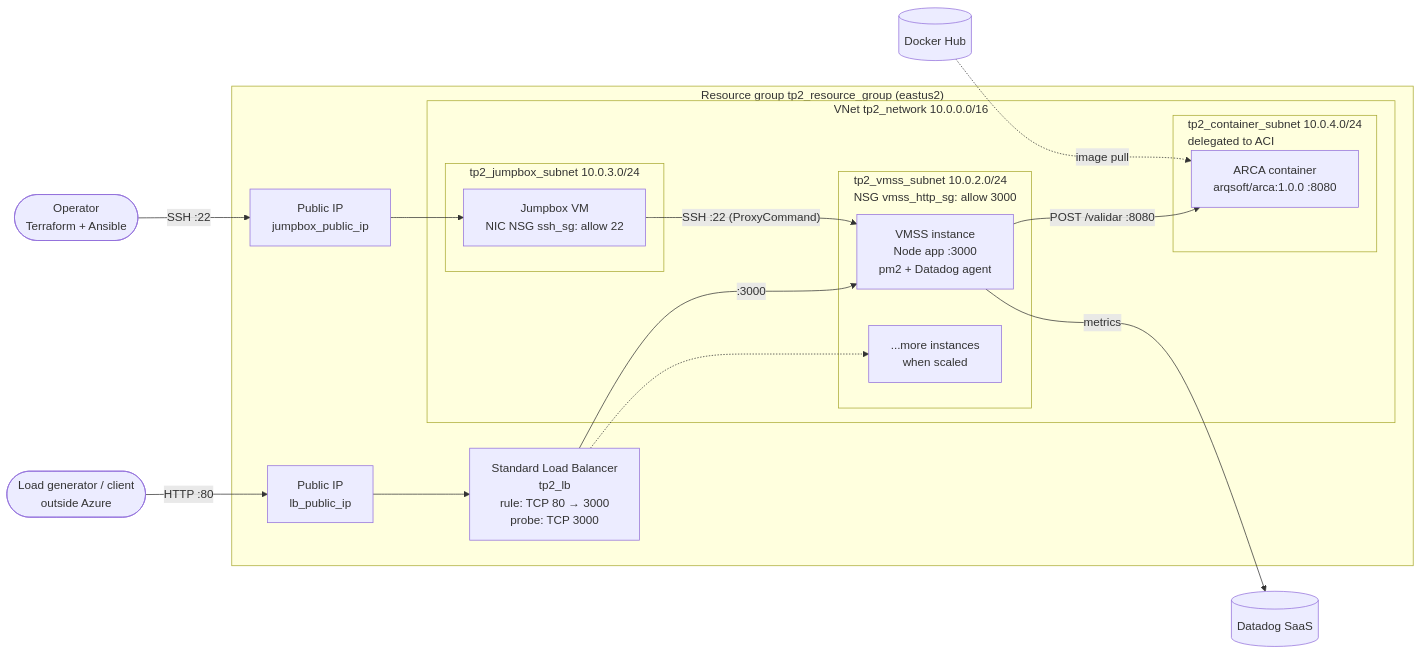
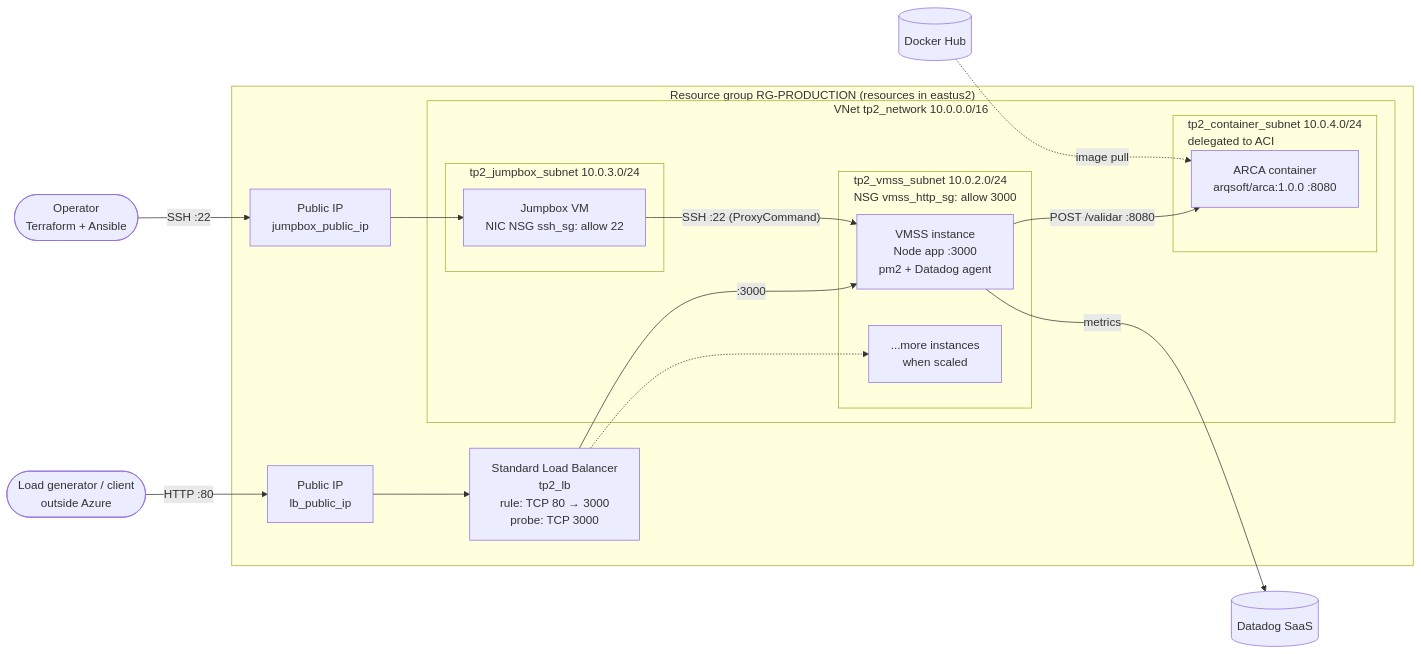
One commit to tcorzo/fiuba-2026C2-arq-tp2 changed the first of 3 diagrams in docs/infra/overview.md. Above: the diagram before and after it, drawn with Mermaid. The commit also changed other lines of this file and 41 other files, not shown here.

````diff
--- a/docs/infra/overview.md
+++ b/docs/infra/overview.md
@@ -53,35 +55,35 @@
 ```mermaid
 flowchart LR
     user([Load generator / client<br/>outside Azure])
     admin([Operator<br/>Terraform + Ansible])
     dd[(Datadog SaaS)]
     hub[(Docker Hub)]
 
-    subgraph rg["Resource group tp2_resource_group (eastus2)"]
+    subgraph rg["Resource group RG-PRODUCTION (resources in eastus2)"]
         lbpip[Public IP<br/>lb_public_ip]
         lb[Standard Load Balancer<br/>tp2_lb<br/>rule: TCP 80 → 3000<br/>probe: TCP 3000]
         jbpip[Public IP<br/>jumpbox_public_ip]
 
         subgraph vnet["VNet tp2_network 10.0.0.0/16"]
             subgraph snvmss["tp2_vmss_subnet 10.0.2.0/24<br/>NSG vmss_http_sg: allow 3000"]
                 vm1[VMSS instance<br/>Node app :3000<br/>pm2 + Datadog agent]
                 vmN[...more instances<br/>when scaled]
             end
             subgraph snjb["tp2_jumpbox_subnet 10.0.3.0/24"]
                 jb[Jumpbox VM<br/>NIC NSG ssh_sg: allow 22]
             end
             subgraph snaci["tp2_container_subnet 10.0.4.0/24<br/>delegated to ACI"]
                 arca[ARCA container<br/>arqsoft/arca:1.0.0 :8080]
             end
         end
     end
 
     user -- "HTTP :80" --> lbpip --> lb
     lb -- ":3000" --> vm1
     lb -.-> vmN
     vm1 -- "POST /validar :8080" --> arca
     admin -- "SSH :22" --> jbpip --> jb
     jb -- "SSH :22 (ProxyCommand)" --> vm1
     vm1 -- "metrics" --> dd
     hub -. "image pull" .-> arca
 ```
````
